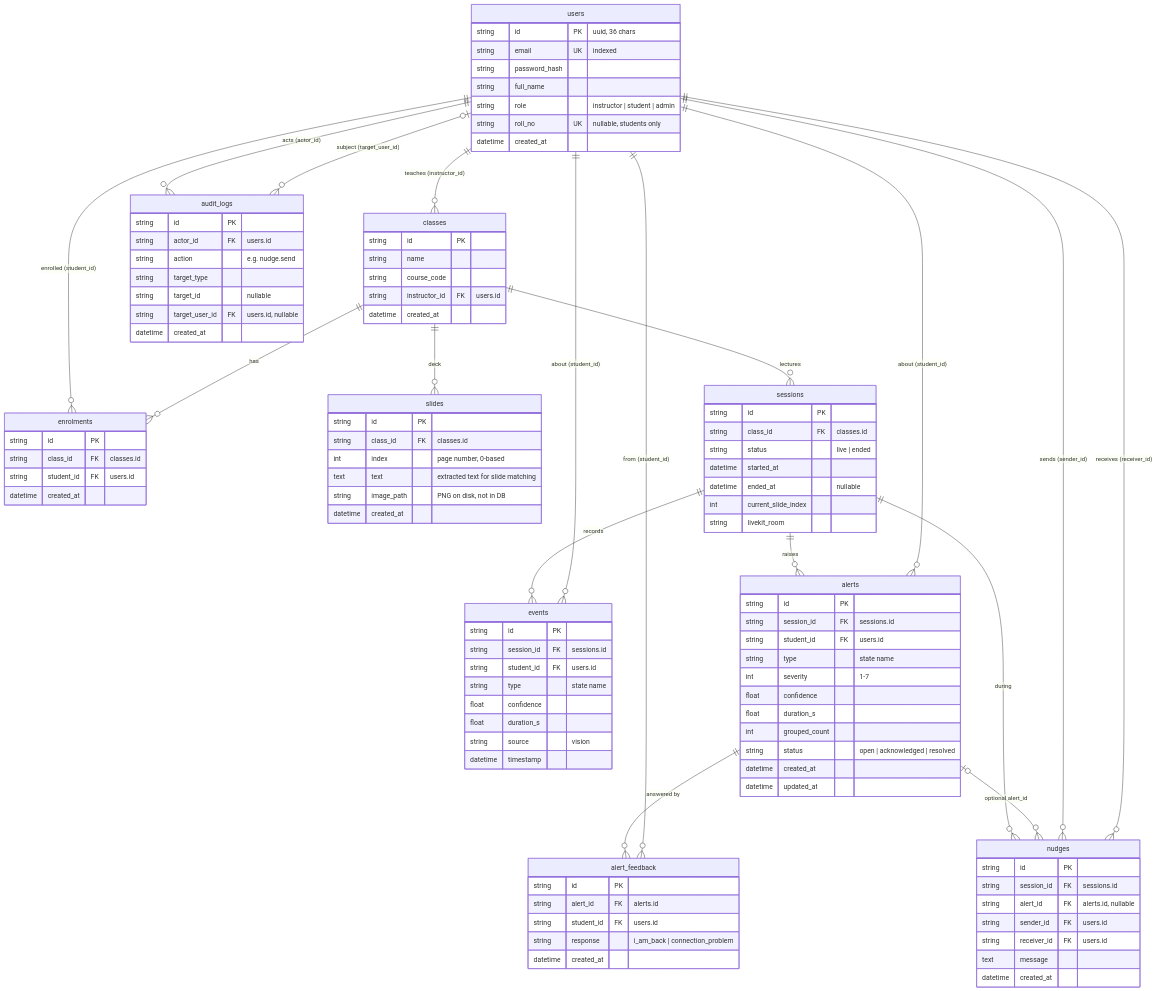
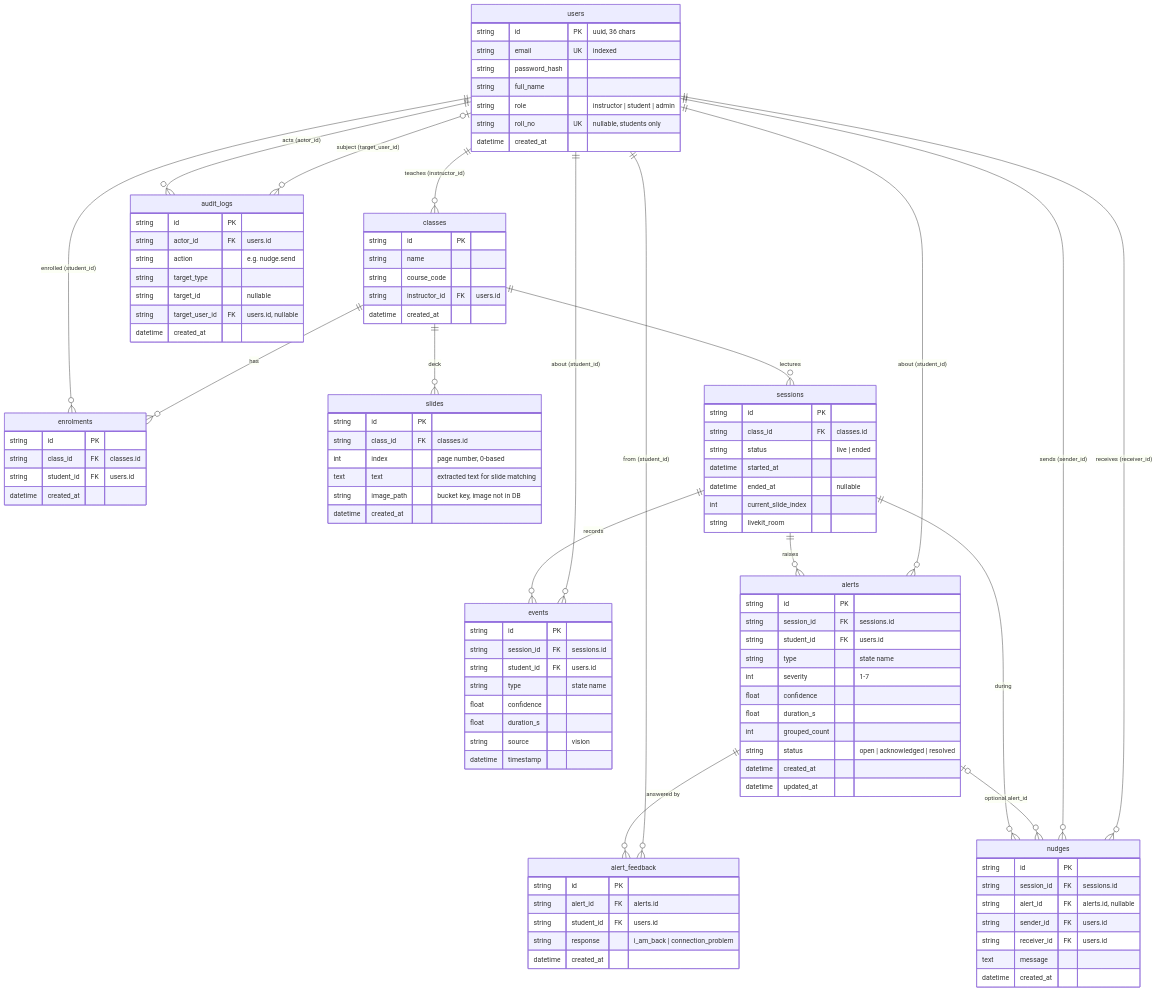
One commit to MuSaXheikh/IntelliClass-AI changed the diagram in docs/erd.md. Above: the diagram before and after it, drawn with Mermaid. The commit also changed other lines of this file and 16 other files, not shown here.

```diff
--- a/docs/erd.md
+++ b/docs/erd.md
@@ -53,7 +53,7 @@
         string class_id FK "classes.id"
         int index "page number, 0-based"
         text text "extracted text for slide matching"
-        string image_path "PNG on disk, not in DB"
+        string image_path "bucket key, image not in DB"
         datetime created_at
     }
     sessions {
```
